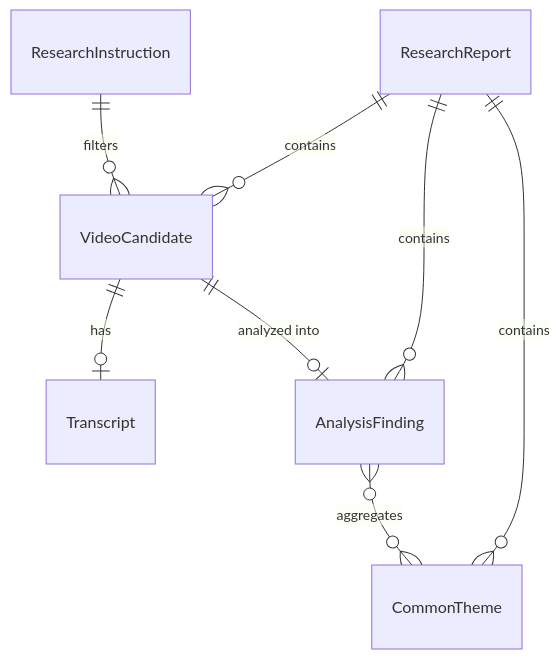
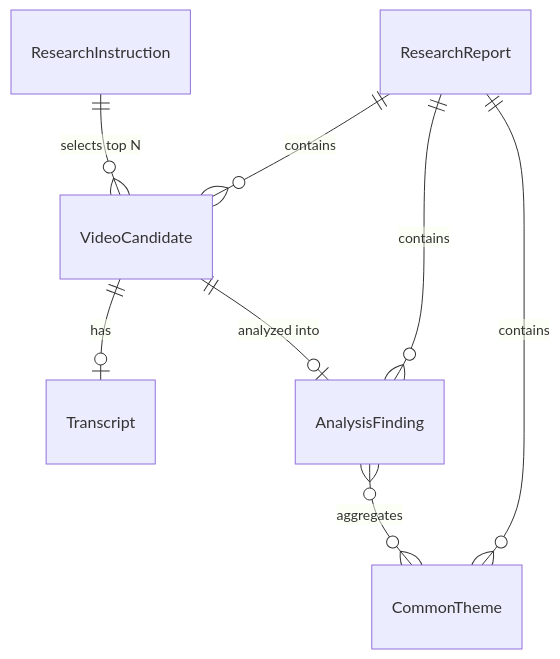
Before and after one commit to DMARU9/BLOG-TOOLS: the first of 2 diagrams in specs/002-youtube-trend-researcher/data-model.md, drawn with Mermaid. The commit also changed other lines of this file and 8 other files, not shown here.

````diff
--- a/specs/002-youtube-trend-researcher/data-model.md
+++ b/specs/002-youtube-trend-researcher/data-model.md
@@ -98,10 +87,10 @@
 ```mermaid
 erDiagram
-    ResearchInstruction ||--o{ VideoCandidate : "filters"
+    ResearchInstruction ||--o{ VideoCandidate : "selects top N"
     VideoCandidate ||--o| Transcript : "has"
     VideoCandidate ||--o| AnalysisFinding : "analyzed into"
     AnalysisFinding }o--o{ CommonTheme : "aggregates"
     ResearchReport ||--o{ VideoCandidate : contains
     ResearchReport ||--o{ AnalysisFinding : contains
     ResearchReport ||--o{ CommonTheme : contains
 ```
````
